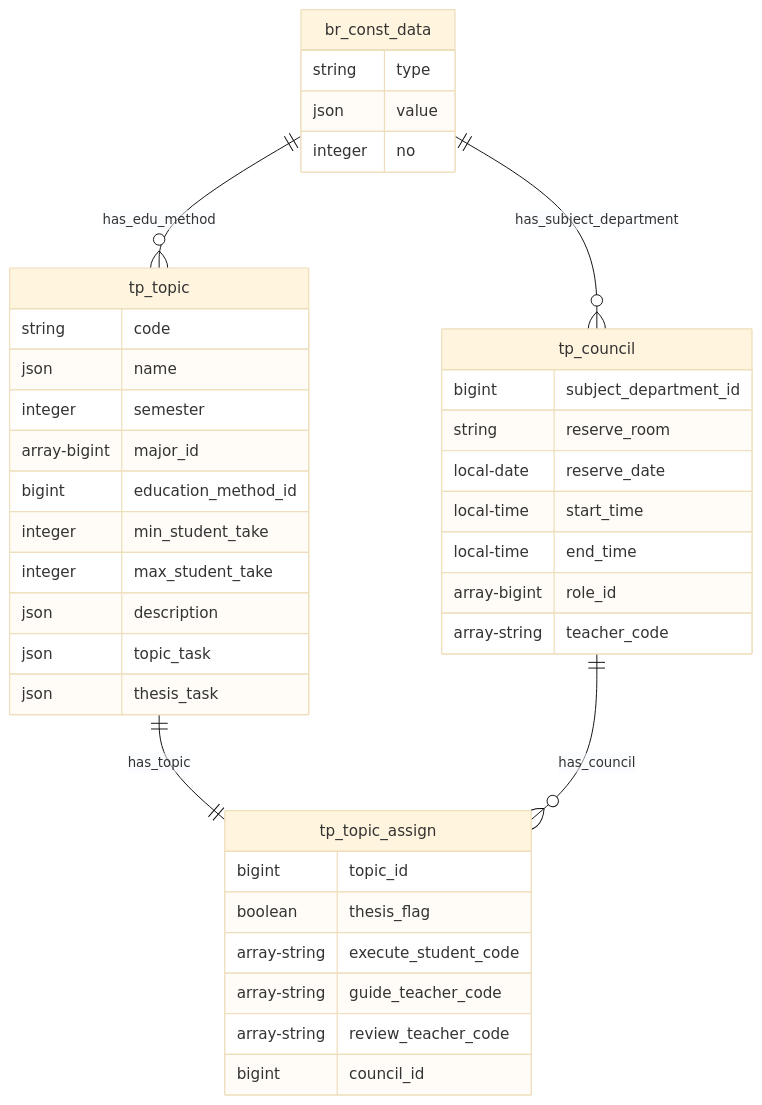
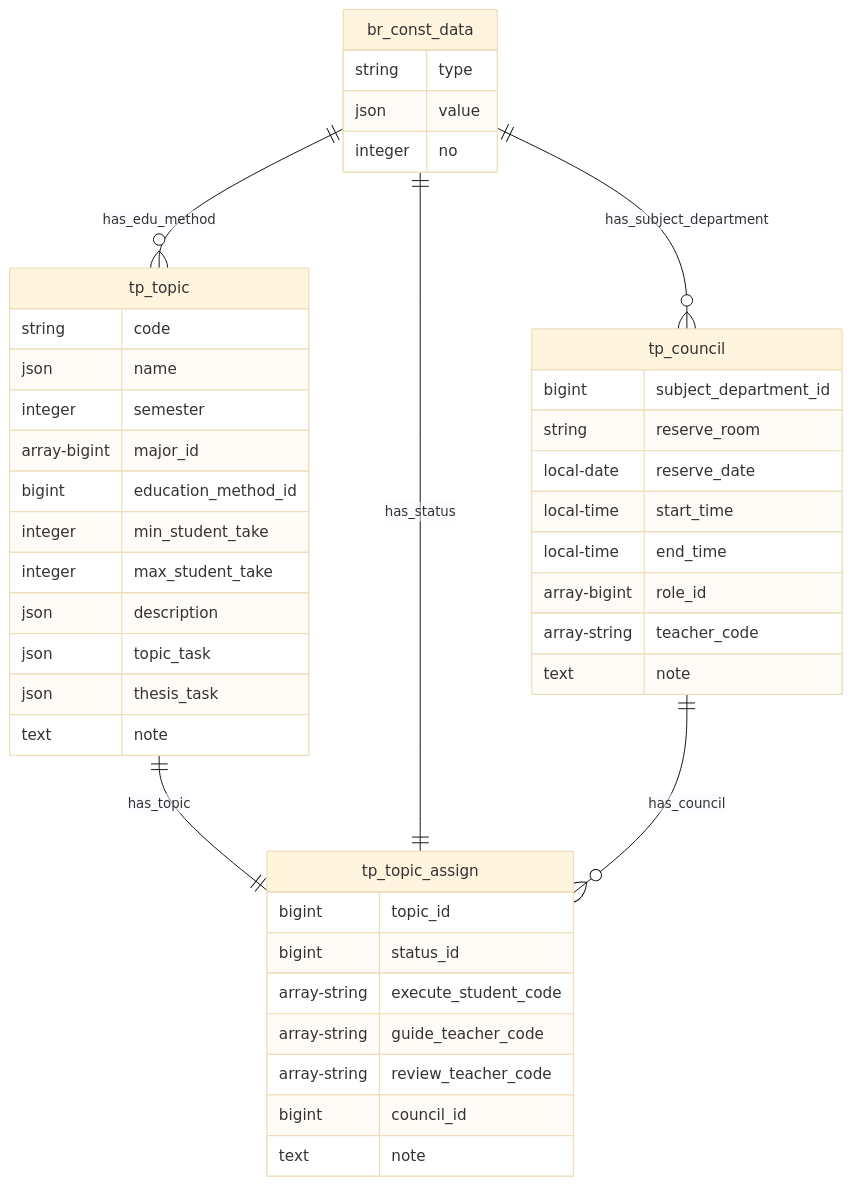
The fourth of 5 diagrams in report/Chapter_5_achitechture_design.md (datai999/thesis-document), drawn with Mermaid (base theme) before and after one commit. The commit also changed other lines of this file and 1 other file, not shown here.

````diff
--- a/report/Chapter_5_achitechture_design.md
+++ b/report/Chapter_5_achitechture_design.md
@@ -317,41 +317,45 @@
 ```mermaid
 erDiagram
     br_const_data {
         string type
         json value
         integer no
     }
     tp_topic {
         string code
         json name
         integer semester
         array-bigint major_id
         bigint education_method_id
         integer min_student_take
         integer max_student_take
         json description
         json topic_task
         json thesis_task
+        text note
     }
     tp_council {
       bigint subject_department_id
       string reserve_room
       local-date reserve_date
       local-time start_time
       local-time end_time
       array-bigint role_id
       array-string teacher_code
+      text note
     }
     tp_topic_assign {
       bigint topic_id
-      boolean thesis_flag
+      bigint status_id
       array-string execute_student_code
       array-string guide_teacher_code
       array-string review_teacher_code
       bigint council_id
+      text note
     }
     br_const_data ||--o{ tp_topic : has_edu_method
     br_const_data ||--o{ tp_council : has_subject_department
     tp_topic ||--|| tp_topic_assign : has_topic
+    br_const_data ||--|| tp_topic_assign : has_status
     tp_council ||--o{ tp_topic_assign : has_council
 ```
````
